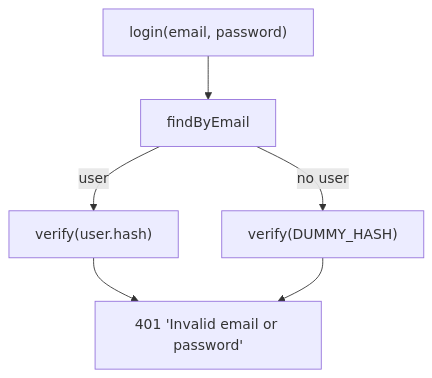
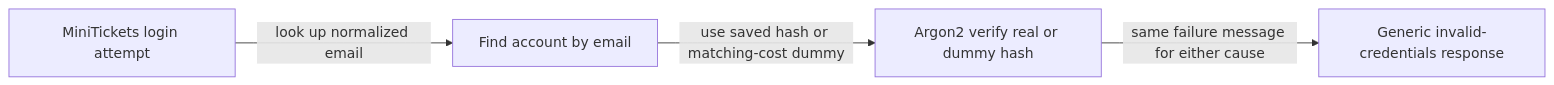
Before and after one commit to maheshnd/minitickets: the diagram in docs/handbook/concepts/user-enumeration.md, drawn with Mermaid. The commit also changed other lines of this file and 119 other files, not shown here.

````diff
--- a/docs/handbook/concepts/user-enumeration.md
+++ b/docs/handbook/concepts/user-enumeration.md
@@ -20,8 +18,6 @@
 ```mermaid
-flowchart TB
-    l["login(email, password)"] --> f["findByEmail"]
-    f -->|"user"| v1["verify(user.hash)"]
-    f -->|"no user"| v2["verify(DUMMY_HASH)"]
-    v1 --> same["401 'Invalid email or password'"]
-    v2 --> same
+flowchart LR
+    login["MiniTickets login attempt"] -->|"look up normalized email"| lookup["Find account by email"]
+    lookup -->|"use saved hash or matching-cost dummy"| verify["Argon2 verify real or dummy hash"]
+    verify -->|"same failure message for either cause"| reply["Generic invalid-credentials response"]
 ```
````
